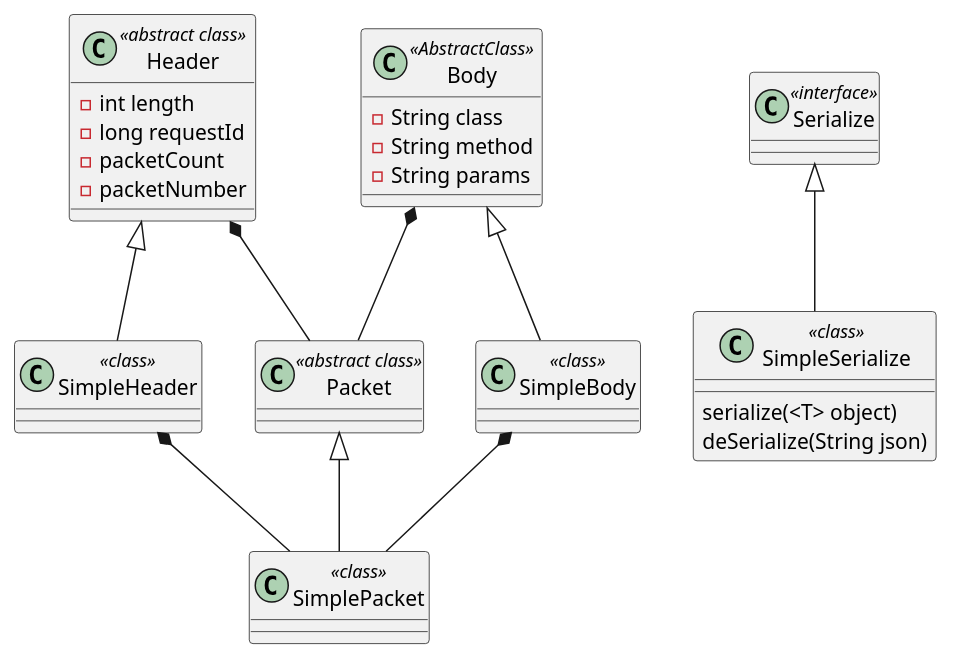
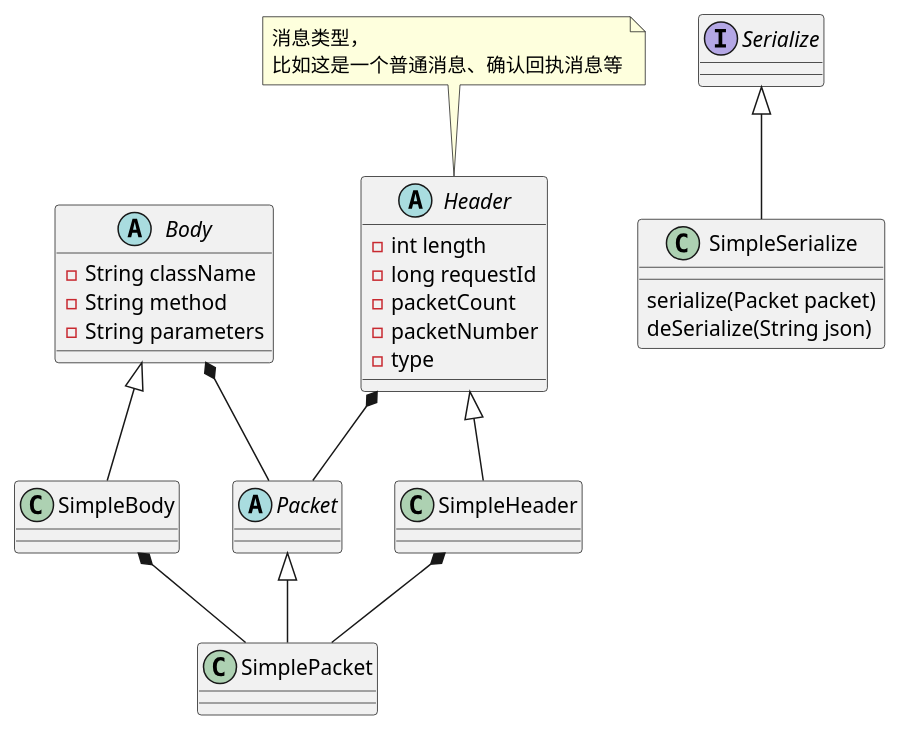
One commit to adanli/egg-rpc changed the second of 3 diagrams in readme.md. Above: the diagram before and after it, drawn with PlantUML. The commit also changed other lines of this file and 30 other files, not shown here.

````diff
--- a/readme.md
+++ b/readme.md
@@ -83,32 +85,35 @@
 ```puml
 @startuml
 Header *-- Packet
 Body *-- Packet
 Packet <|-- SimplePacket 
-class Packet <<abstract class>>
+abstract class Packet 
 Header <|-- SimpleHeader
 Body <|-- SimpleBody 
 SimpleHeader *-- SimplePacket
-class SimpleHeader <<class>>
+class SimpleHeader 
 SimpleBody *-- SimplePacket
-class SimpleBody <<class>>
-class Header <<abstract class>>{
+class SimpleBody 
+abstract class Header {
     {field} - int length
     {field} - long requestId
     {field} - packetCount
     {field} - packetNumber
+    {field} - type
 }
-class Body <<AbstractClass>>{
-    {field} - String class
+abstract class Body {
+    {field} - String className
     {field} - String method
-    {field} - String params
+    {field} - String parameters
 }
-class SimplePacket <<class>>
-class Serialize <<interface>>
-class SimpleSerialize <<class>>{
-    {method} serialize(<T> object)
+class SimplePacket 
+interface Serialize 
+class SimpleSerialize {
+    {method} serialize(Packet packet)
     {method} deSerialize(String json)
 }
+note "消息类型，\n比如这是一个普通消息、确认回执消息等" as HEADER_MSG_1
+HEADER_MSG_1 .. Header
 Serialize <|-- SimpleSerialize
 @enduml
 ```
````
